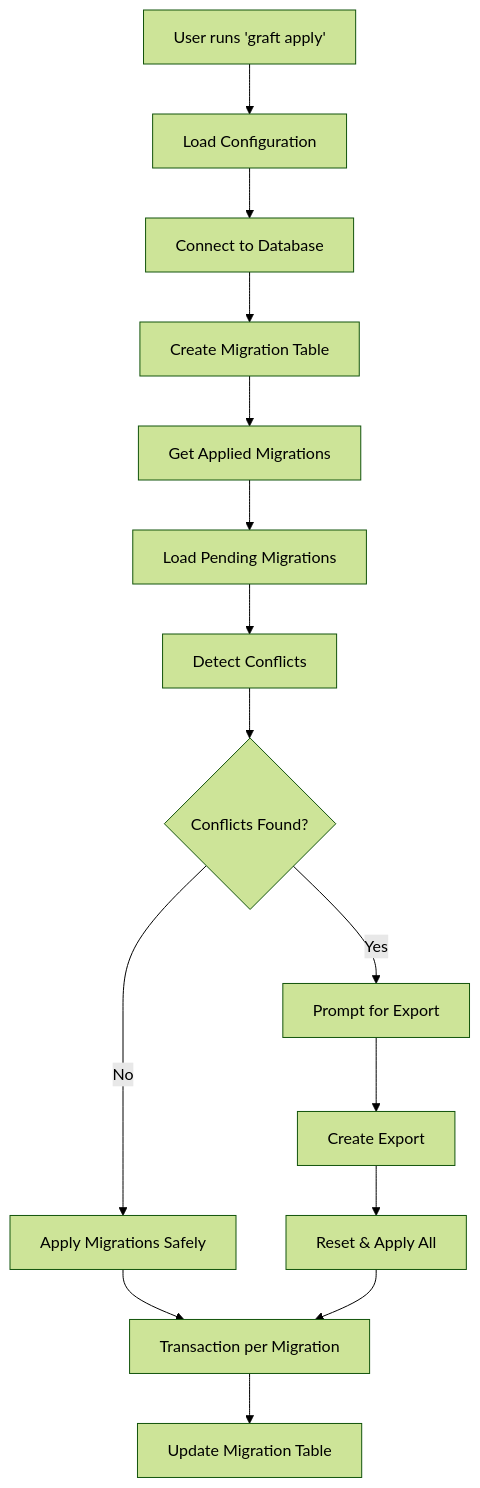
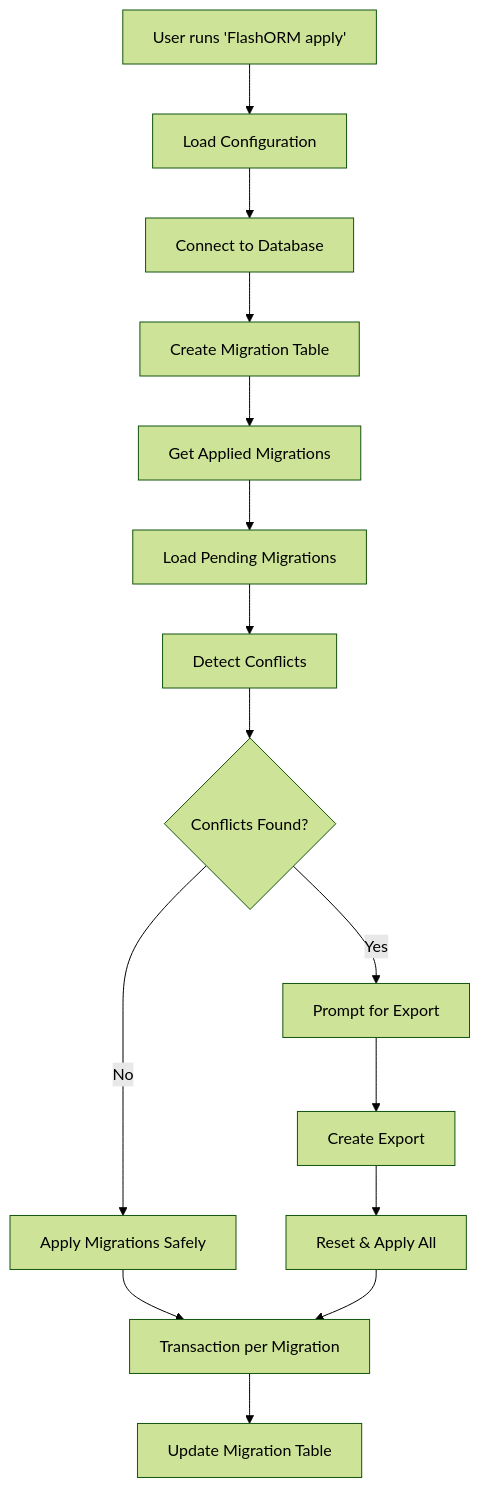
Before and after one commit to rosab0506/flash: the second of 2 diagrams in docs/HOW_IT_WORKS.md, drawn with Mermaid (forest theme). The commit also changed other lines of this file and 80 other files, not shown here.

Commit message:
change the name Graft to FlashORM

````diff
--- a/docs/HOW_IT_WORKS.md
+++ b/docs/HOW_IT_WORKS.md
@@ -271,17 +271,17 @@
 ```mermaid
 graph TD
-    A[User runs 'graft apply'] --> B[Load Configuration]
+    A[User runs 'FlashORM apply'] --> B[Load Configuration]
     B --> C[Connect to Database]
     C --> D[Create Migration Table]
     D --> E[Get Applied Migrations]
     E --> F[Load Pending Migrations]
     F --> G[Detect Conflicts]
     G --> H{Conflicts Found?}
     H -->|Yes| I[Prompt for Export]
     H -->|No| J[Apply Migrations Safely]
     I --> K[Create Export]
     K --> L[Reset & Apply All]
     J --> M[Transaction per Migration]
     L --> M
     M --> N[Update Migration Table]
 ```
````
